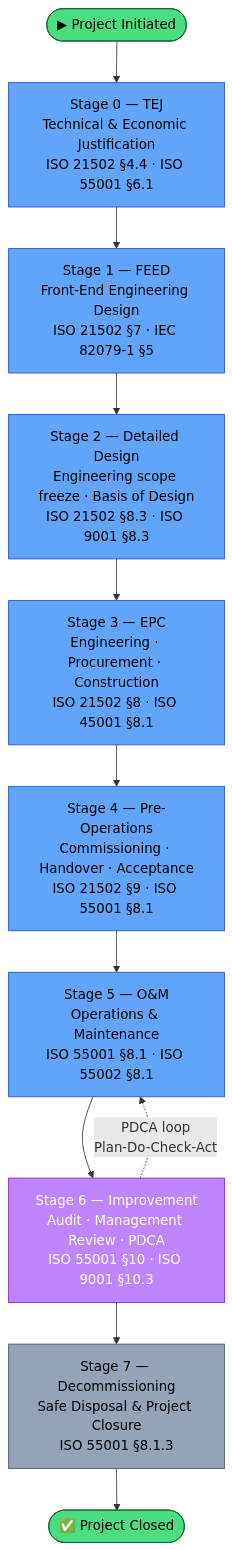
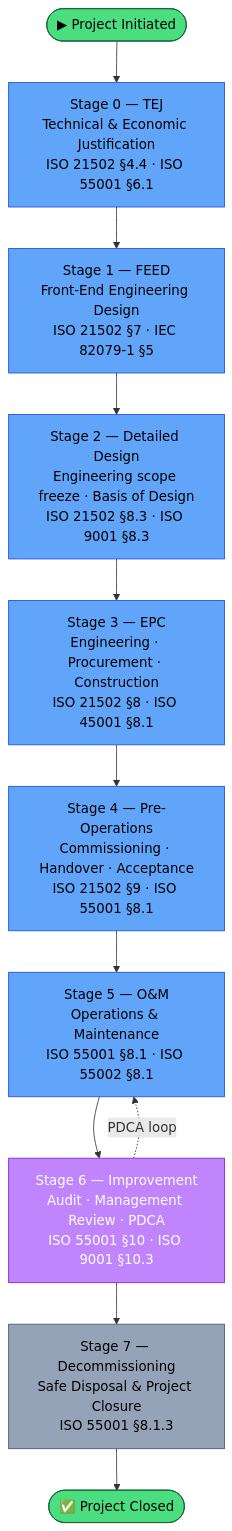
One commit to AxiOMSphereAssistanceAIMS/AxiOMSphere changed the first of 9 diagrams in README.md. Above: the diagram before and after it, drawn with Mermaid.

Commit message:
fix: simplify PDCA edge label to prevent text overlap in Mermaid

````diff
--- a/README.md
+++ b/README.md
@@ -28,35 +28,35 @@
 ```mermaid
 flowchart TD
     START([▶ Project Initiated])
 
     START --> TEJ["Stage 0 — TEJ\nTechnical & Economic Justification\nISO 21502 §4.4 · ISO 55001 §6.1"]
 
     TEJ --> FEED["Stage 1 — FEED\nFront-End Engineering Design\nISO 21502 §7 · IEC 82079-1 §5"]
 
     FEED --> DD["Stage 2 — Detailed Design\nEngineering scope freeze · Basis of Design\nISO 21502 §8.3 · ISO 9001 §8.3"]
 
     DD --> EPC["Stage 3 — EPC\nEngineering · Procurement · Construction\nISO 21502 §8 · ISO 45001 §8.1"]
 
     EPC --> PO["Stage 4 — Pre-Operations\nCommissioning · Handover · Acceptance\nISO 21502 §9 · ISO 55001 §8.1"]
 
     PO --> OM["Stage 5 — O&M\nOperations & Maintenance\nISO 55001 §8.1 · ISO 55002 §8.1"]
 
     OM --> IMP["Stage 6 — Improvement\nAudit · Management Review · PDCA\nISO 55001 §10 · ISO 9001 §10.3"]
 
     IMP --> DEC["Stage 7 — Decommissioning\nSafe Disposal & Project Closure\nISO 55001 §8.1.3"]
 
     DEC --> DONE([✅ Project Closed])
 
-    IMP -.->|"PDCA loop\nPlan-Do-Check-Act"| OM
+    IMP -.->|PDCA loop| OM
 
     style START fill:#4ade80,stroke:#166534,color:#000
     style DONE  fill:#4ade80,stroke:#166534,color:#000
     style TEJ   fill:#60a5fa,stroke:#1d4ed8,color:#000
     style FEED  fill:#60a5fa,stroke:#1d4ed8,color:#000
     style DD    fill:#60a5fa,stroke:#1d4ed8,color:#000
     style EPC   fill:#60a5fa,stroke:#1d4ed8,color:#000
     style PO    fill:#60a5fa,stroke:#1d4ed8,color:#000
     style OM    fill:#60a5fa,stroke:#1d4ed8,color:#000
     style IMP   fill:#c084fc,stroke:#7e22ce,color:#fff
     style DEC   fill:#94a3b8,stroke:#475569,color:#000
 ```
````
